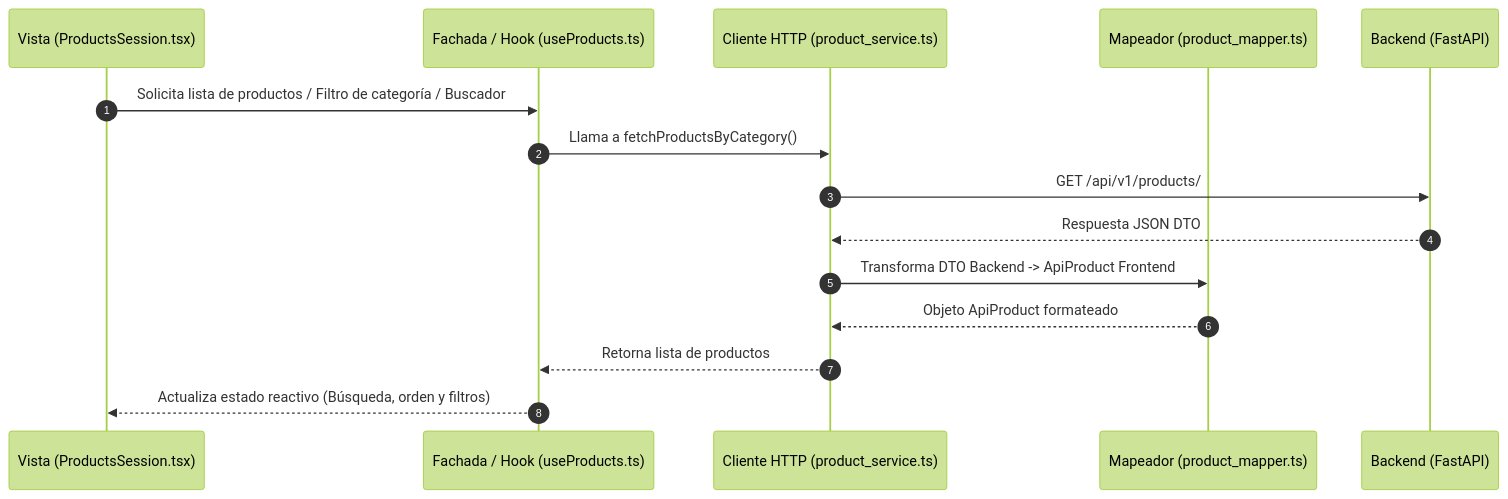
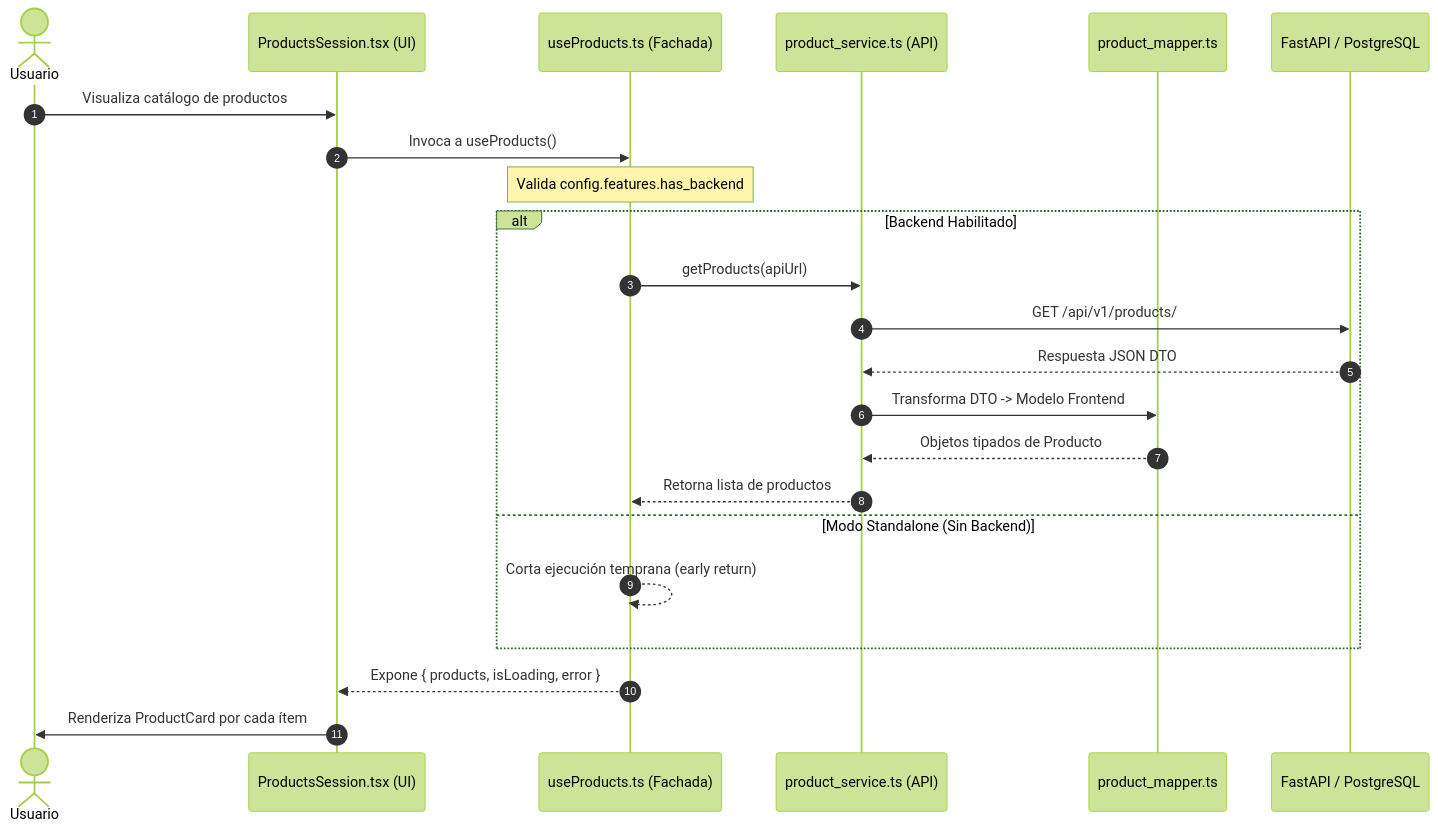
Before and after one commit to NorthCodeUY/vet-core: the diagram in apps/web-client/README.md, drawn with Mermaid (forest theme). The commit also changed other lines of this file and 2 other files, not shown here.

````diff
--- a/apps/web-client/README.md
+++ b/apps/web-client/README.md
@@ -70,18 +74,26 @@
 ```mermaid
 sequenceDiagram
     autonumber
-    participant UI as Vista (ProductsSession.tsx)
-    participant Hook as Fachada / Hook (useProducts.ts)
-    participant Service as Cliente HTTP (product_service.ts)
-    participant Mapper as Mapeador (product_mapper.ts)
-    participant API as Backend (FastAPI)
+    actor Usuario
+    participant UI as ProductsSession.tsx (UI)
+    participant Hook as useProducts.ts (Fachada)
+    participant Service as product_service.ts (API)
+    participant Mapper as product_mapper.ts
+    participant Backend as FastAPI / PostgreSQL
 
-    UI->>Hook: Solicita lista de productos / Filtro de categoría / Buscador
-    Hook->>Service: Llama a fetchProductsByCategory()
-    Service->>API: GET /api/v1/products/
-    API-->>Service: Respuesta JSON DTO
-    Service->>Mapper: Transforma DTO Backend -> ApiProduct Frontend
-    Mapper-->>Service: Objeto ApiProduct formateado
-    Service-->>Hook: Retorna lista de productos
-    Hook-->>UI: Actualiza estado reactivo (Búsqueda, orden y filtros)
+    Usuario->>UI: Visualiza catálogo de productos
+    UI->>Hook: Invoca a useProducts()
+    Note over Hook: Valida config.features.has_backend
+    alt Backend Habilitado
+        Hook->>Service: getProducts(apiUrl)
+        Service->>Backend: GET /api/v1/products/
+        Backend-->>Service: Respuesta JSON DTO
+        Service->>Mapper: Transforma DTO -> Modelo Frontend
+        Mapper-->>Service: Objetos tipados de Producto
+        Service-->>Hook: Retorna lista de productos
+    else Modo Standalone (Sin Backend)
+        Hook-->>Hook: Corta ejecución temprana (early return)
+    end
+    Hook-->>UI: Expone { products, isLoading, error }
+    UI->>Usuario: Renderiza ProductCard por cada ítem
 ```
````
